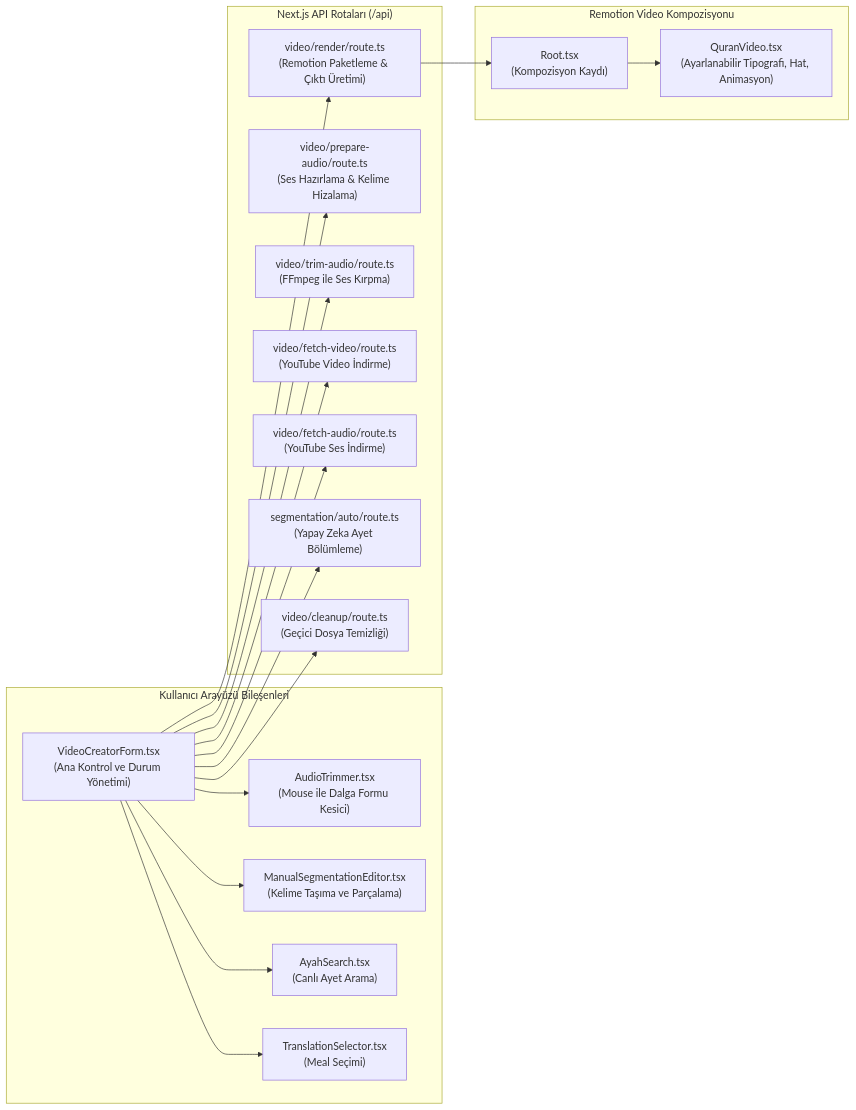
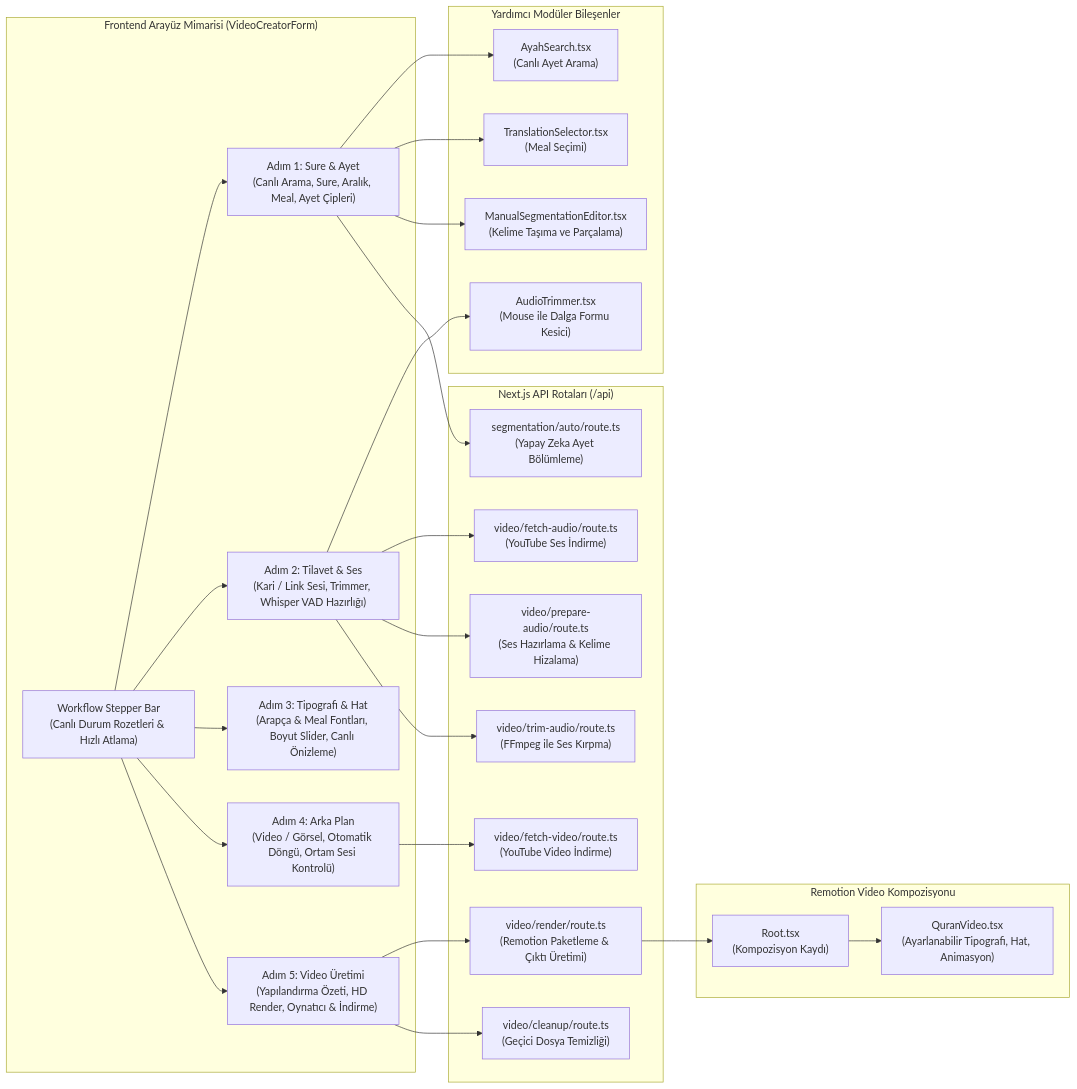
One commit to abdurrahmansf18-max/kuran_video changed the third of 5 diagrams in context/mimari/c4-modeli.md. Above: the diagram before and after it, drawn with Mermaid. The commit also changed other lines of this file and 4 other files, not shown here.

First line of the commit message:
feat(ui): standardize 5-step modular layout architecture & enforce C4 governance protocol

````diff
--- a/context/mimari/c4-modeli.md
+++ b/context/mimari/c4-modeli.md
@@ -91,39 +93,56 @@
 ```mermaid
 graph LR
-    subgraph UIComponents["Kullanıcı Arayüzü Bileşenleri"]
-        VCForm["VideoCreatorForm.tsx\n(Ana Kontrol ve Durum Yönetimi)"]
+    subgraph FrontendArchitecture["Frontend Arayüz Mimarisi (VideoCreatorForm)"]
+        Stepper["Workflow Stepper Bar\n(Canlı Durum Rozetleri & Hızlı Atlama)"]
+        Step1["Adım 1: Sure & Ayet\n(Canlı Arama, Sure, Aralık, Meal, Ayet Çipleri)"]
+        Step2["Adım 2: Tilavet & Ses\n(Kari / Link Sesi, Trimmer, Whisper VAD Hazırlığı)"]
+        Step3["Adım 3: Tipografi & Hat\n(Arapça & Meal Fontları, Boyut Slider, Canlı Önizleme)"]
+        Step4["Adım 4: Arka Plan\n(Video / Görsel, Otomatik Döngü, Ortam Sesi Kontrolü)"]
+        Step5["Adım 5: Video Üretimi\n(Yapılandırma Özeti, HD Render, Oynatıcı & İndirme)"]
+    end
+
+    subgraph UIComponents["Yardımcı Modüler Bileşenler"]
         ATrimmer["AudioTrimmer.tsx\n(Mouse ile Dalga Formu Kesici)"]
         MSEditor["ManualSegmentationEditor.tsx\n(Kelime Taşıma ve Parçalama)"]
         ASearch["AyahSearch.tsx\n(Canlı Ayet Arama)"]
         TSelector["TranslationSelector.tsx\n(Meal Seçimi)"]
     end
 
     subgraph NextRoutes["Next.js API Rotaları (/api)"]
         R_Render["video/render/route.ts\n(Remotion Paketleme & Çıktı Üretimi)"]
         R_PrepAudio["video/prepare-audio/route.ts\n(Ses Hazırlama & Kelime Hizalama)"]
         R_TrimAudio["video/trim-audio/route.ts\n(FFmpeg ile Ses Kırpma)"]
         R_FetchVideo["video/fetch-video/route.ts\n(YouTube Video İndirme)"]
         R_FetchAudio["video/fetch-audio/route.ts\n(YouTube Ses İndirme)"]
         R_AutoSeg["segmentation/auto/route.ts\n(Yapay Zeka Ayet Bölümleme)"]
         R_Cleanup["video/cleanup/route.ts\n(Geçici Dosya Temizliği)"]
     end
 
     subgraph RemotionComp["Remotion Video Kompozisyonu"]
         QVideo["QuranVideo.tsx\n(Ayarlanabilir Tipografi, Hat, Animasyon)"]
         RootComp["Root.tsx\n(Kompozisyon Kaydı)"]
     end
 
-    VCForm --> ATrimmer
-    VCForm --> MSEditor
-    VCForm --> ASearch
-    VCForm --> TSelector
-    VCForm --> R_Render
-    VCForm --> R_PrepAudio
-    VCForm --> R_TrimAudio
-    VCForm --> R_FetchVideo
-    VCForm --> R_FetchAudio
-    VCForm --> R_AutoSeg
-    VCForm --> R_Cleanup
+    Stepper --> Step1
+    Stepper --> Step2
+    Stepper --> Step3
+    Stepper --> Step4
+    Stepper --> Step5
+
+    Step1 --> ASearch
+    Step1 --> TSelector
+    Step1 --> MSEditor
+    Step1 --> R_AutoSeg
+
+    Step2 --> ATrimmer
+    Step2 --> R_FetchAudio
+    Step2 --> R_PrepAudio
+    Step2 --> R_TrimAudio
+
+    Step4 --> R_FetchVideo
+
+    Step5 --> R_Render
+    Step5 --> R_Cleanup
     R_Render --> RootComp
     RootComp --> QVideo
 ```
````
